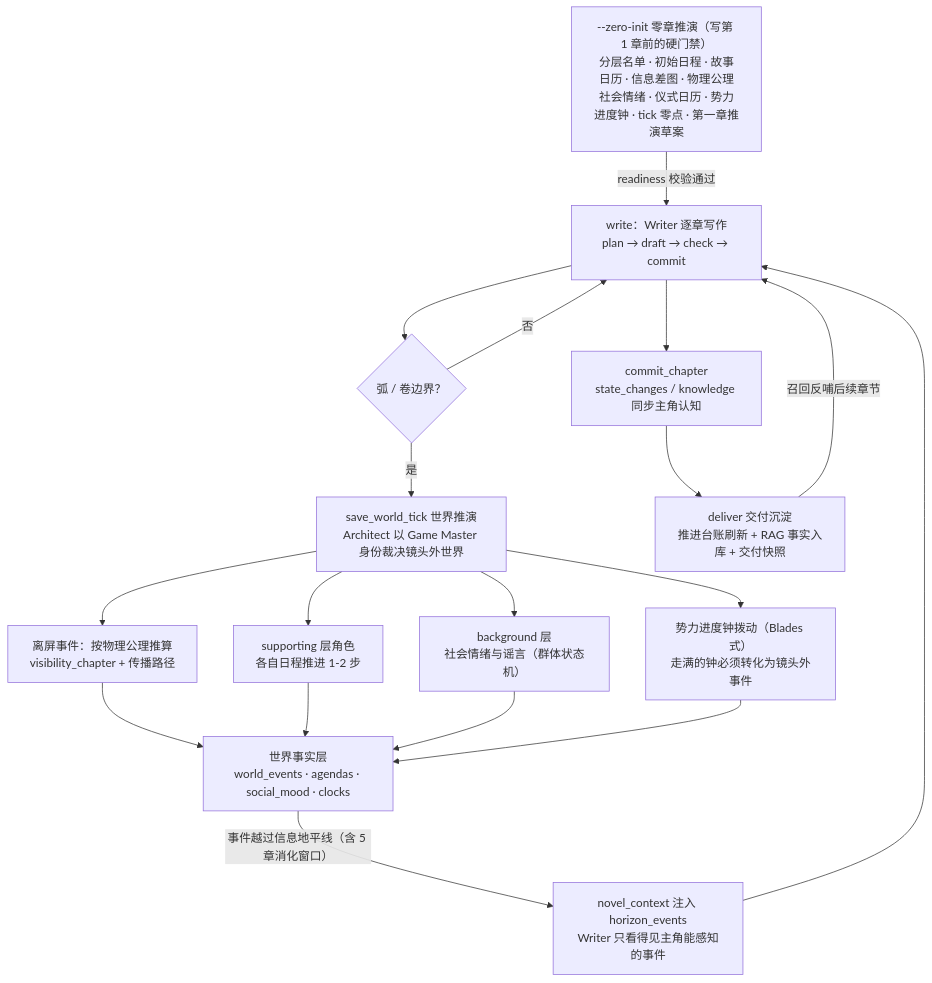
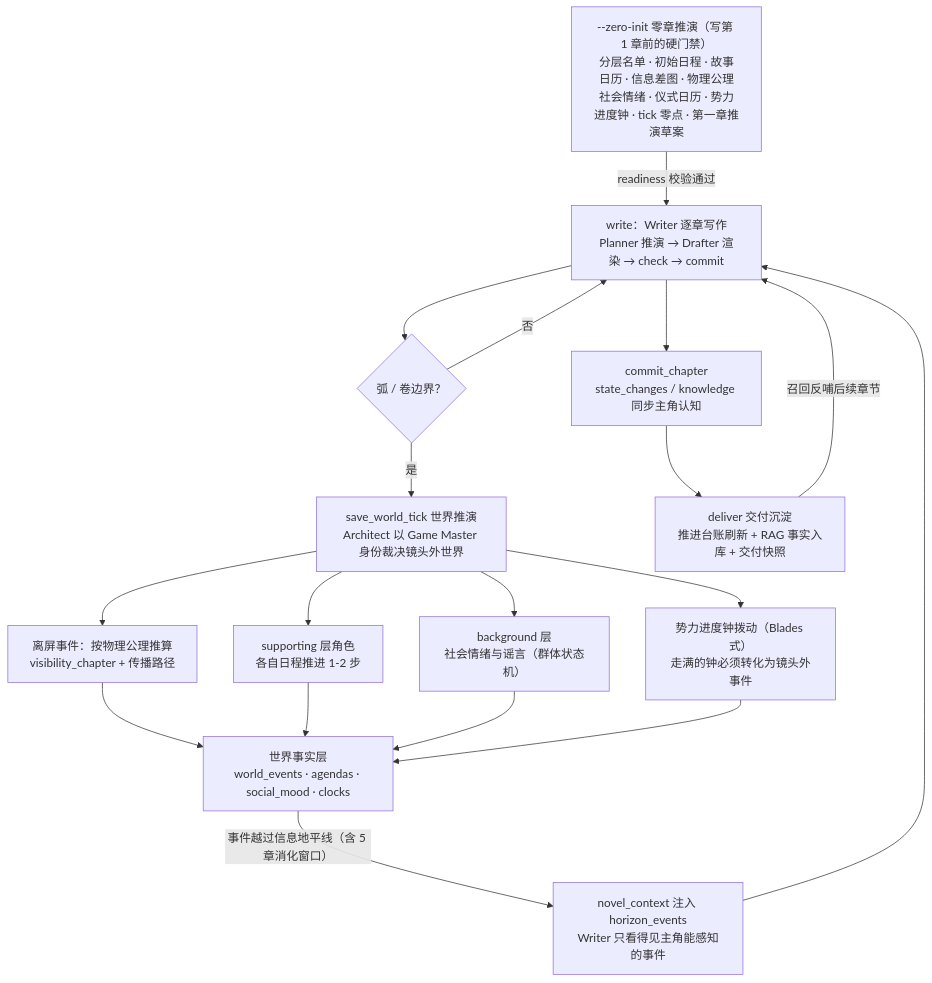
One commit to Xiaoyangy/novel-studio changed the first of 5 diagrams in README.md. Above: the diagram before and after it, drawn with Mermaid. The commit also changed other lines of this file and 1 other file, not shown here.

First line of the commit message:
README 梳理近期变更：Writer 推演/渲染两阶段、web_research、看板成长轨迹

````diff
--- a/README.md
+++ b/README.md
@@ -16,21 +16,21 @@
 ```mermaid
 flowchart TD
     Z["--zero-init 零章推演（写第 1 章前的硬门禁）<br/>分层名单 · 初始日程 · 故事日历 · 信息差图 · 物理公理<br/>社会情绪 · 仪式日历 · 势力进度钟 · tick 零点 · 第一章推演草案"]
-    Z -->|readiness 校验通过| W["write：Writer 逐章写作<br/>plan → draft → check → commit"]
+    Z -->|readiness 校验通过| W["write：Writer 逐章写作<br/>Planner 推演 → Drafter 渲染 → check → commit"]
     W --> B{"弧 / 卷边界？"}
     B -->|是| T["save_world_tick 世界推演<br/>Architect 以 Game Master 身份裁决镜头外世界"]
     T --> T1["离屏事件：按物理公理推算<br/>visibility_chapter + 传播路径"]
     T --> T2["supporting 层角色<br/>各自日程推进 1-2 步"]
     T --> T3["background 层<br/>社会情绪与谣言（群体状态机）"]
     T --> T4["势力进度钟拨动（Blades 式）<br/>走满的钟必须转化为镜头外事件"]
     T1 --> F["世界事实层<br/>world_events · agendas · social_mood · clocks"]
     T2 --> F
     T3 --> F
     T4 --> F
     F -->|"事件越过信息地平线（含 5 章消化窗口）"| H["novel_context 注入 horizon_events<br/>Writer 只看得见主角能感知的事件"]
     H --> W
     B -->|否| W
     W --> C["commit_chapter<br/>state_changes / knowledge 同步主角认知"]
     C --> D["deliver 交付沉淀<br/>推进台账刷新 + RAG 事实入库 + 交付快照"]
     D -->|召回反哺后续章节| W
 ```
````
